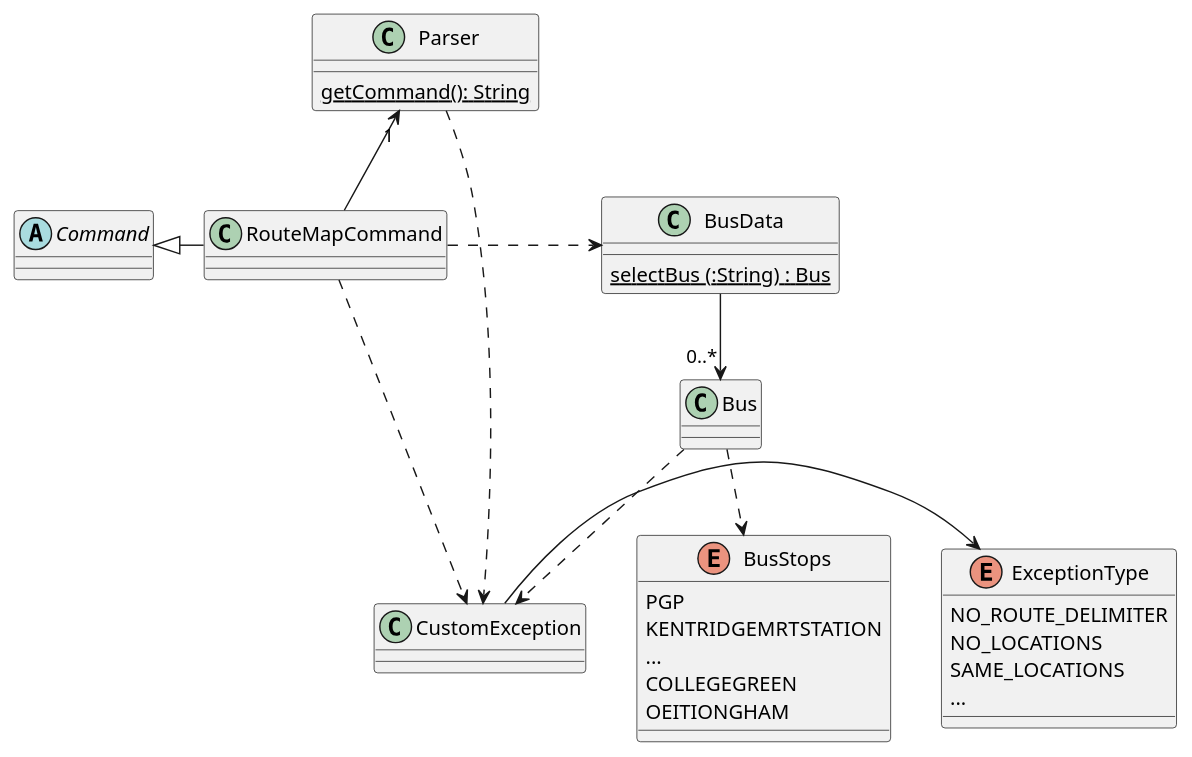
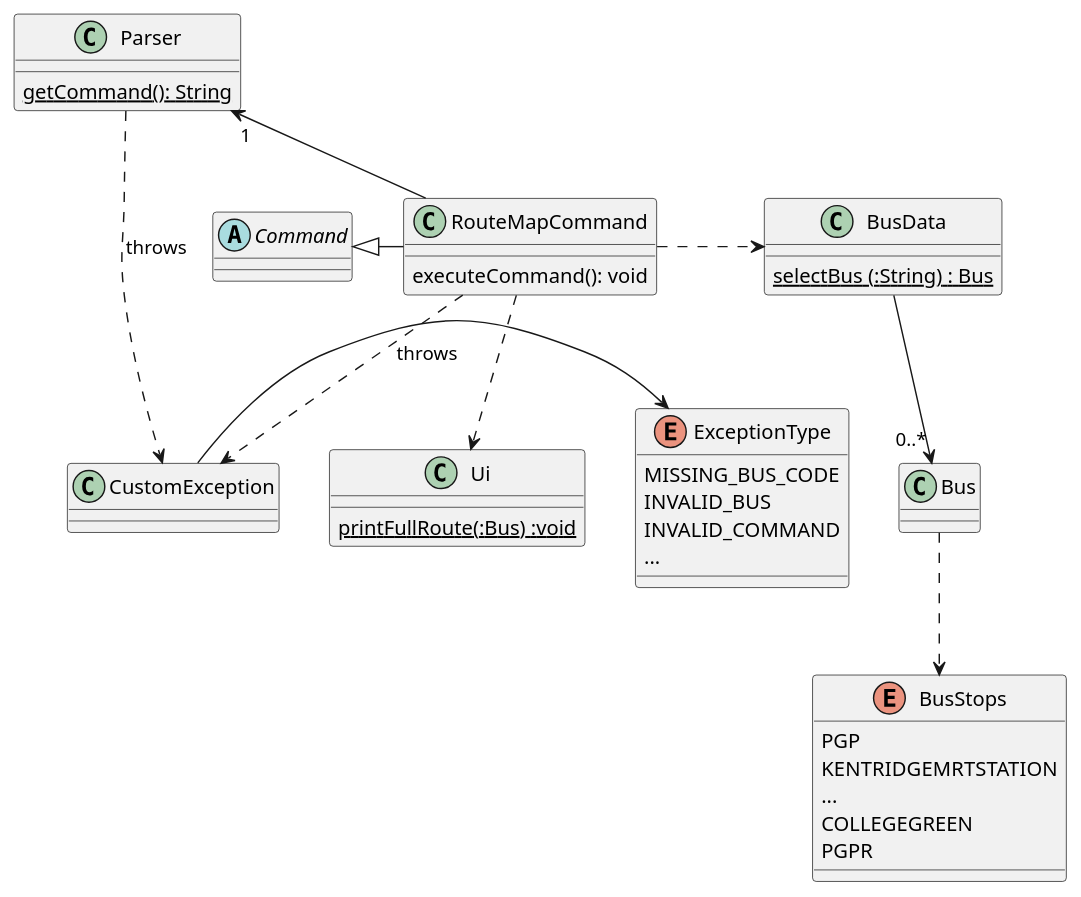
Before and after one commit to nus-cs2113-AY2021S1/tp: the diagram in docs/DG_Diagrams/RouteMapCommand.puml, drawn with PlantUML. The commit also changed 2 other files, not shown here.

Commit message:
Addition of class diagram into routemap in DG

```diff
--- a/docs/DG_Diagrams/RouteMapCommand.puml
+++ b/docs/DG_Diagrams/RouteMapCommand.puml
@@ -1,41 +1,45 @@
 @startuml
 
 abstract class Command
-Class RouteMapCommand
+Class RouteMapCommand{
+executeCommand(): void
+}
 Class Parser{
 {static} getCommand(): String
 }
-
 Class BusData {
 {static} selectBus (:String) : Bus
 }
 Class Bus {
 }
-
 enum BusStops {
 PGP
 KENTRIDGEMRTSTATION
 ...
 COLLEGEGREEN
-OEITIONGHAM
+PGPR
+}
+Class Ui {
+{static} printFullRoute(:Bus) :void
 }
 
 enum ExceptionType {
-NO_ROUTE_DELIMITER
-NO_LOCATIONS
-SAME_LOCATIONS
+MISSING_BUS_CODE
+INVALID_BUS
+INVALID_COMMAND
 ...
 }
 
-Command <|- RouteMapCommand
+Command <|--right RouteMapCommand
 Parser "1"<--down RouteMapCommand
-RouteMapCommand .> BusData
+RouteMapCommand ..right> BusData
 BusData --> "0..*" Bus
 Bus ..> BusStops
-RouteMapCommand ..> CustomException
-Parser ..> CustomException
-Bus ..> CustomException
+RouteMapCommand ..> CustomException :throws
+Parser ..> CustomException :throws
+RouteMapCommand ..> Ui
+
 CustomException -> ExceptionType
 
 
 @enduml
```
